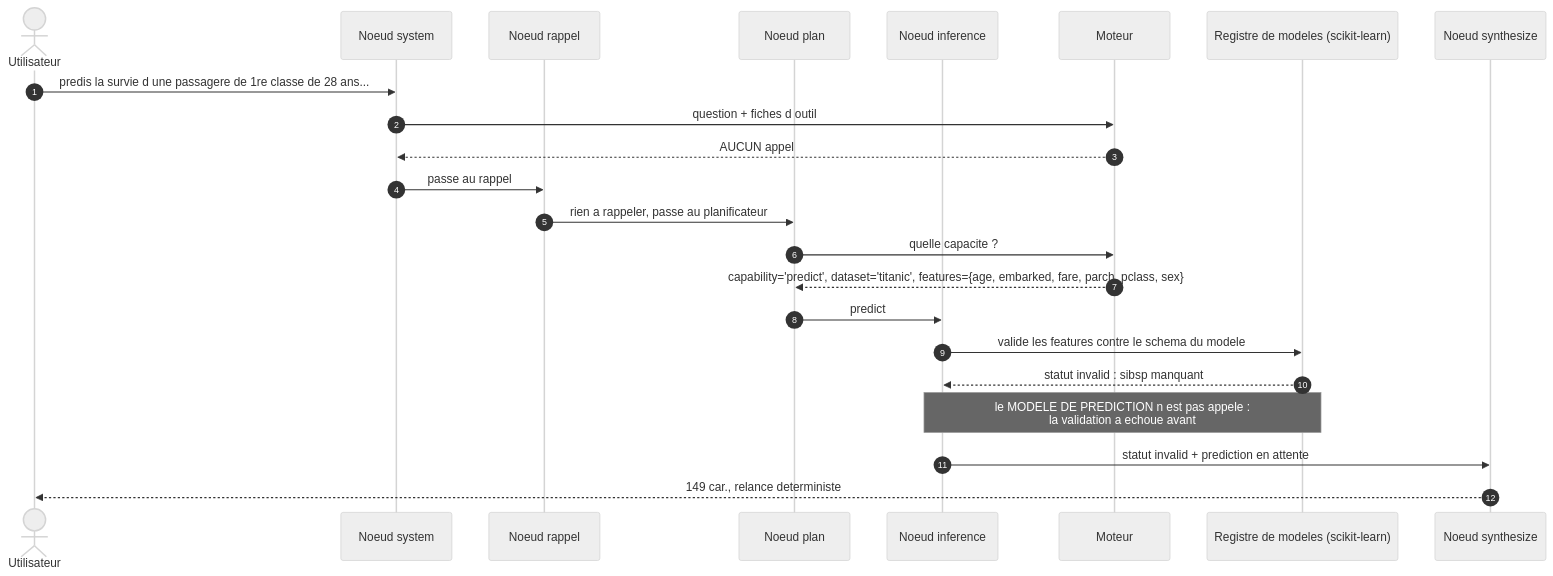
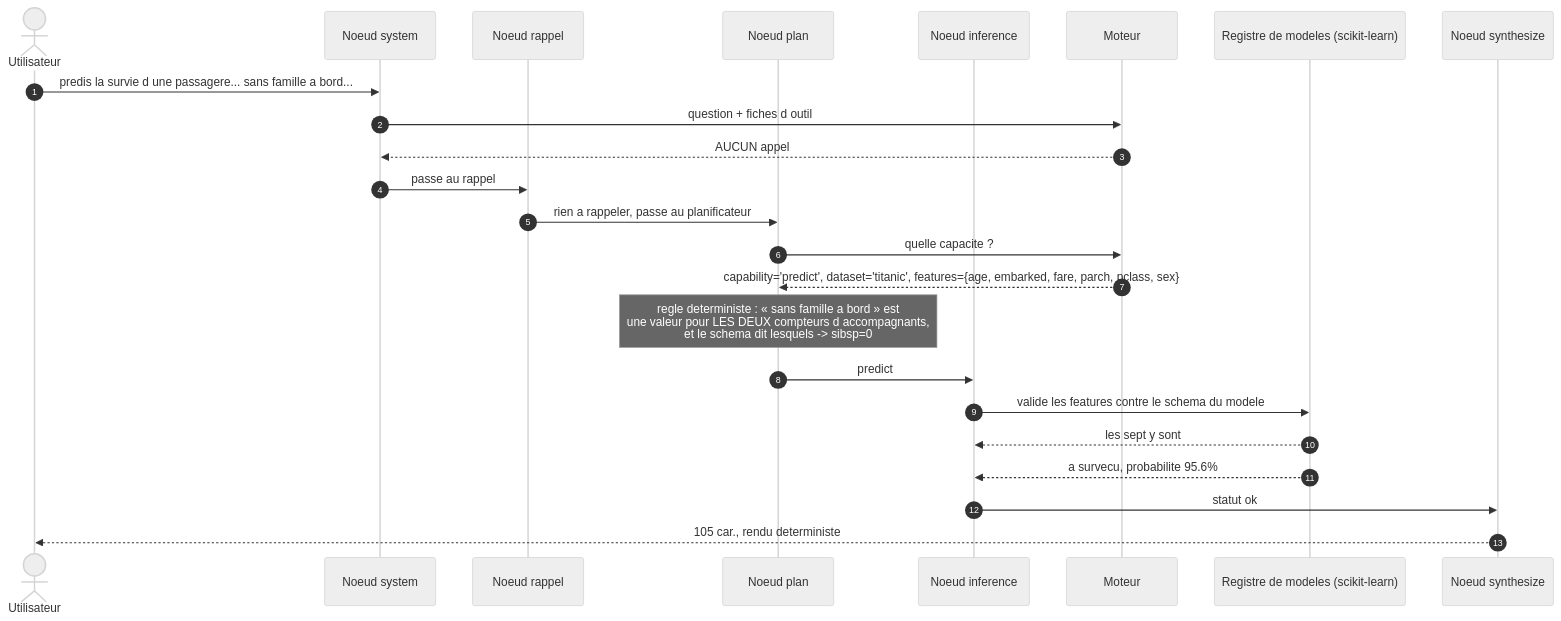
Before and after one commit to floSa/data-analyst-agent: the seventh of 8 diagrams in docs/parcours-de-l-agent.md, drawn with Mermaid (neutral theme). The commit also changed other lines of this file and 3 other files, not shown here.

First line of the commit message:
docs(parcours): les trois défauts décrits en fin de document sont corrigés

````diff
--- a/docs/parcours-de-l-agent.md
+++ b/docs/parcours-de-l-agent.md
@@ -335,26 +335,27 @@
 ```mermaid
 sequenceDiagram
     autonumber
     actor U as Utilisateur
     participant S as Noeud system
     participant R as Noeud rappel
     participant P as Noeud plan
     participant I as Noeud inference
     participant M as Moteur
     participant W as Registre de modeles (scikit-learn)
     participant Y as Noeud synthesize
 
-    U->>S: predis la survie d une passagere de 1re classe de 28 ans...
+    U->>S: predis la survie d une passagere... sans famille a bord...
     S->>M: question + fiches d outil
     M-->>S: AUCUN appel
     S->>R: passe au rappel
     R->>P: rien a rappeler, passe au planificateur
     P->>M: quelle capacite ?
     M-->>P: capability='predict', dataset='titanic', features={age, embarked, fare, parch, pclass, sex}
+    Note over P: regle deterministe : « sans famille a bord » est<br/>une valeur pour LES DEUX compteurs d accompagnants,<br/>et le schema dit lesquels -> sibsp=0
     P->>I: predict
     I->>W: valide les features contre le schema du modele
-    W-->>I: statut invalid : sibsp manquant
-    Note over I,W: le MODELE DE PREDICTION n est pas appele :<br/>la validation a echoue avant
-    I->>Y: statut invalid + prediction en attente
-    Y-->>U: 149 car., relance deterministe
+    W-->>I: les sept y sont
+    W-->>I: a survecu, probabilite 95.6%
+    I->>Y: statut ok
+    Y-->>U: 105 car., rendu deterministe
 ```
````
